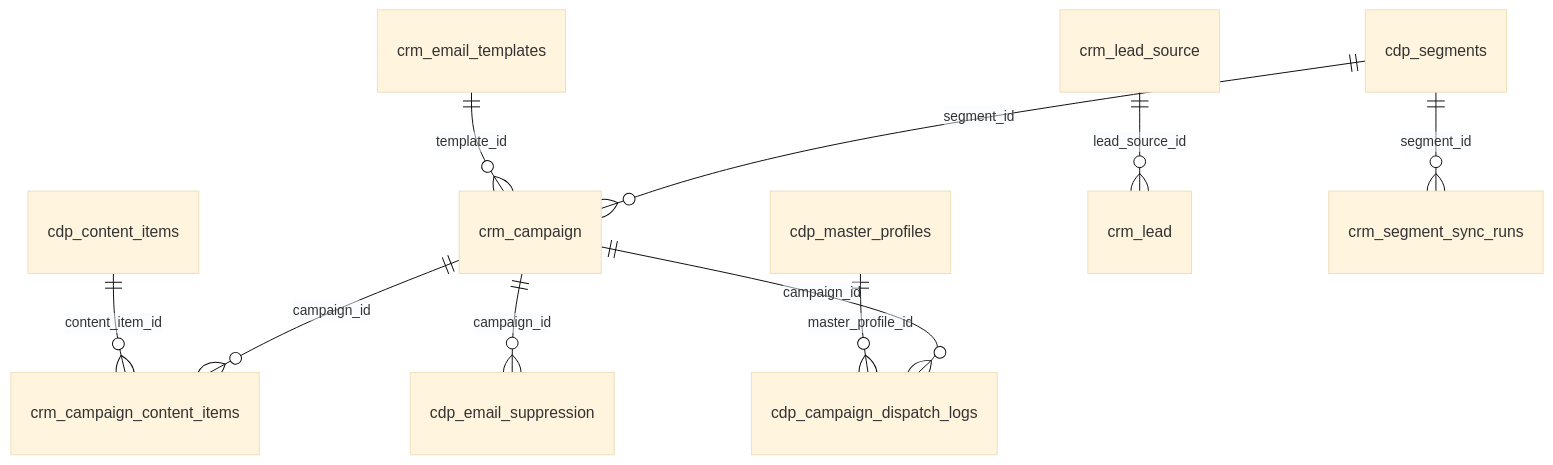
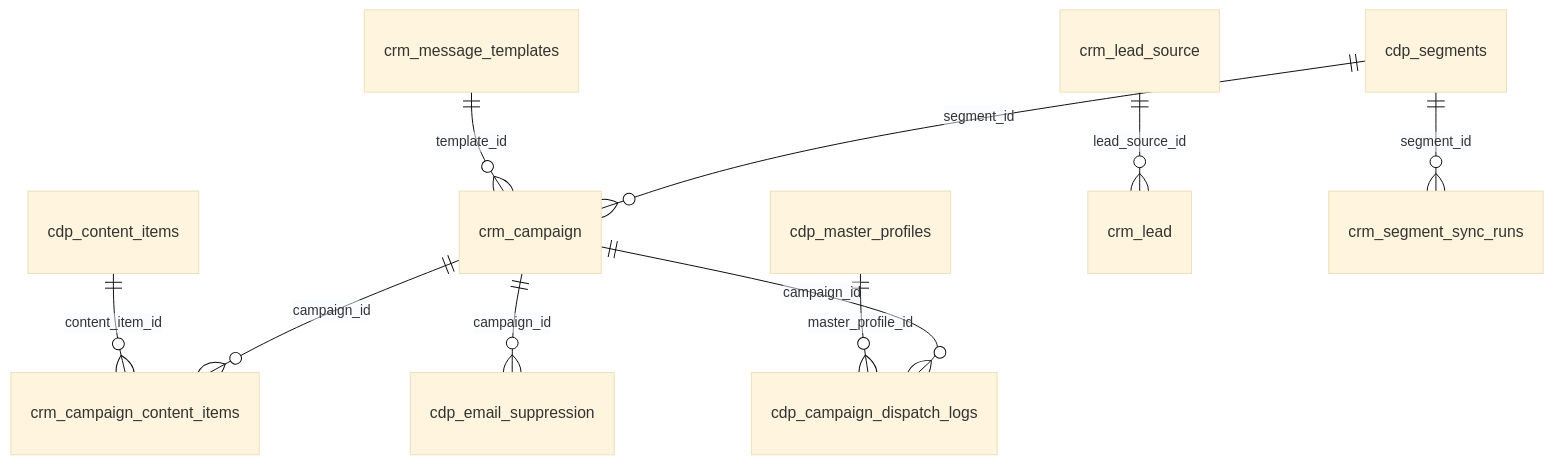
One commit to LEO-CDP/leo-customer360 changed the sixth of 6 diagrams in customer360-api/docs/SCRUM-92-agentic-email-marketing-code-flow.md. Above: the diagram before and after it, drawn with Mermaid (base theme). The commit also changed other lines of this file and 13 other files, not shown here.

Commit message:
refactor: rename email templates to message templates and update related schemas and queries

````diff
--- a/customer360-api/docs/SCRUM-92-agentic-email-marketing-code-flow.md
+++ b/customer360-api/docs/SCRUM-92-agentic-email-marketing-code-flow.md
@@ -416,12 +416,12 @@
 ```mermaid
 erDiagram
   cdp_segments ||--o{ crm_campaign : "segment_id"
-  crm_email_templates ||--o{ crm_campaign : "template_id"
+  crm_message_templates ||--o{ crm_campaign : "template_id"
   crm_campaign ||--o{ crm_campaign_content_items : "campaign_id"
   cdp_content_items ||--o{ crm_campaign_content_items : "content_item_id"
   crm_campaign ||--o{ cdp_campaign_dispatch_logs : "campaign_id"
   cdp_master_profiles ||--o{ cdp_campaign_dispatch_logs : "master_profile_id"
   crm_lead_source ||--o{ crm_lead : "lead_source_id"
   cdp_segments ||--o{ crm_segment_sync_runs : "segment_id"
   crm_campaign ||--o{ cdp_email_suppression : "campaign_id"
 ```
````
